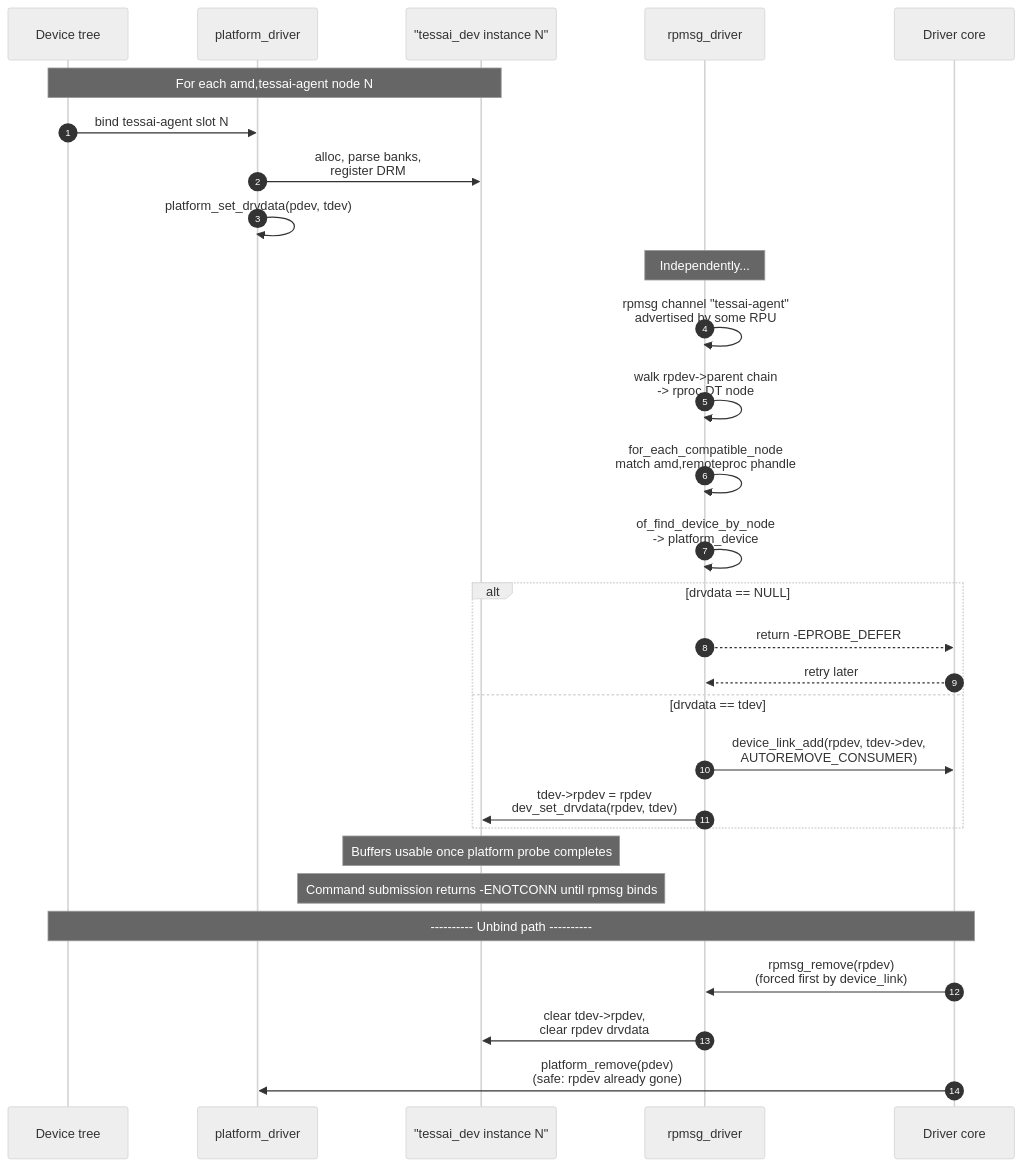
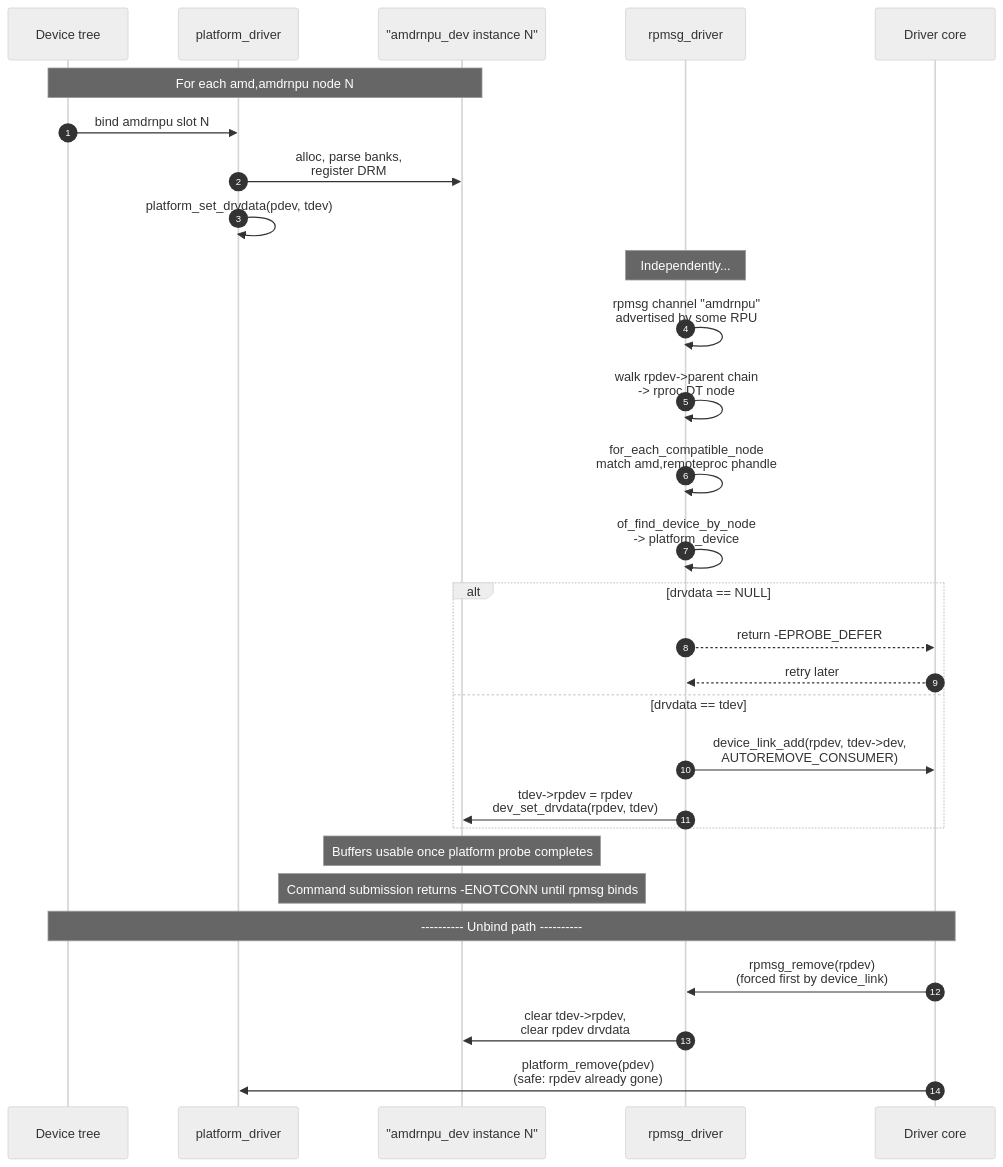
The fourth of 5 diagrams in docs/architecture.md (Xilinx/amdrnpu), drawn with Mermaid (neutral theme) before and after one commit. The commit also changed other lines of this file and 107 other files, not shown here.

Commit message:
Change all tessai references to amdrnpu

````diff
--- a/docs/architecture.md
+++ b/docs/architecture.md
@@ -174,35 +174,35 @@
 ```mermaid
 sequenceDiagram
     autonumber
     participant DTS as Device tree
     participant PR as platform_driver
-    participant TDEV as "tessai_dev instance N"
+    participant TDEV as "amdrnpu_dev instance N"
     participant RDR as rpmsg_driver
     participant DC as Driver core
 
-    Note over DTS,TDEV: For each amd,tessai-agent node N
-    DTS->>PR: bind tessai-agent slot N
+    Note over DTS,TDEV: For each amd,amdrnpu node N
+    DTS->>PR: bind amdrnpu slot N
     PR->>TDEV: alloc, parse banks,<br/>register DRM
     PR->>PR: platform_set_drvdata(pdev, tdev)
 
     Note over RDR: Independently...
-    RDR->>RDR: rpmsg channel "tessai-agent"<br/>advertised by some RPU
+    RDR->>RDR: rpmsg channel "amdrnpu"<br/>advertised by some RPU
     RDR->>RDR: walk rpdev->parent chain<br/>-> rproc DT node
     RDR->>RDR: for_each_compatible_node<br/>match amd,remoteproc phandle
     RDR->>RDR: of_find_device_by_node<br/>-> platform_device
     alt drvdata == NULL
         RDR-->>DC: return -EPROBE_DEFER
         DC-->>RDR: retry later
     else drvdata == tdev
         RDR->>DC: device_link_add(rpdev, tdev->dev,<br/>AUTOREMOVE_CONSUMER)
         RDR->>TDEV: tdev->rpdev = rpdev<br/>dev_set_drvdata(rpdev, tdev)
     end
 
     Note over TDEV: Buffers usable once platform probe completes
     Note over TDEV: Command submission returns -ENOTCONN until rpmsg binds
 
     Note over DTS,DC: ---------- Unbind path ----------
     DC->>RDR: rpmsg_remove(rpdev)<br/>(forced first by device_link)
     RDR->>TDEV: clear tdev->rpdev,<br/>clear rpdev drvdata
     DC->>PR: platform_remove(pdev)<br/>(safe: rpdev already gone)
 ```
````
